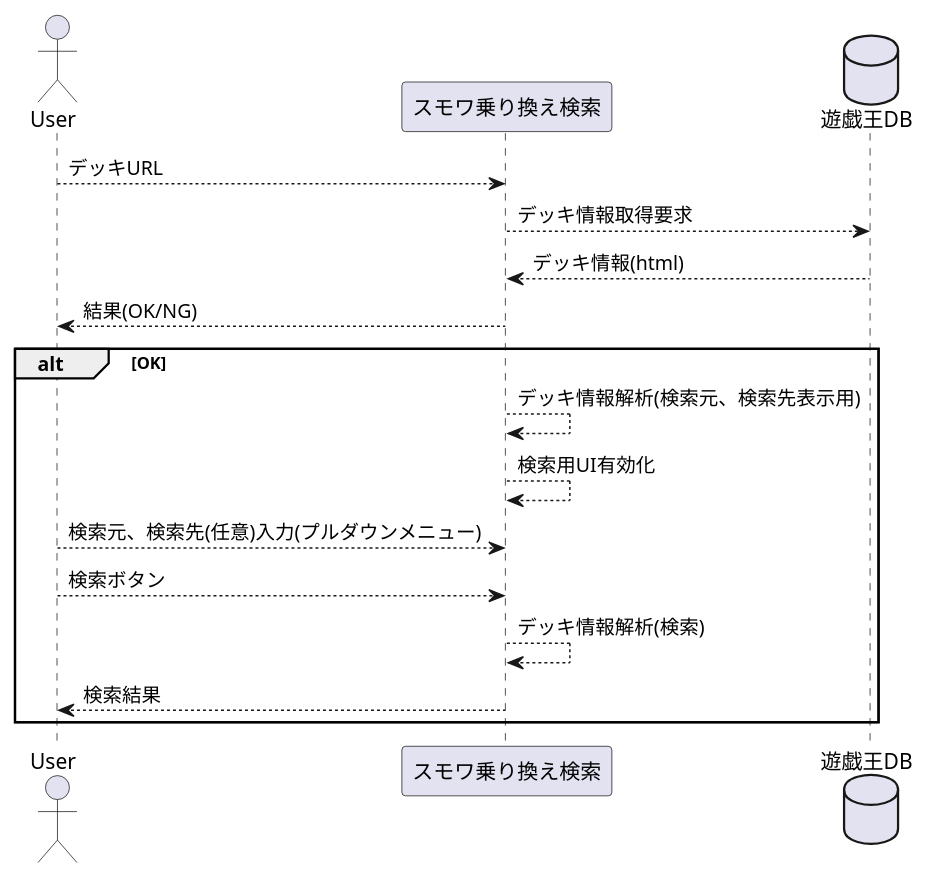
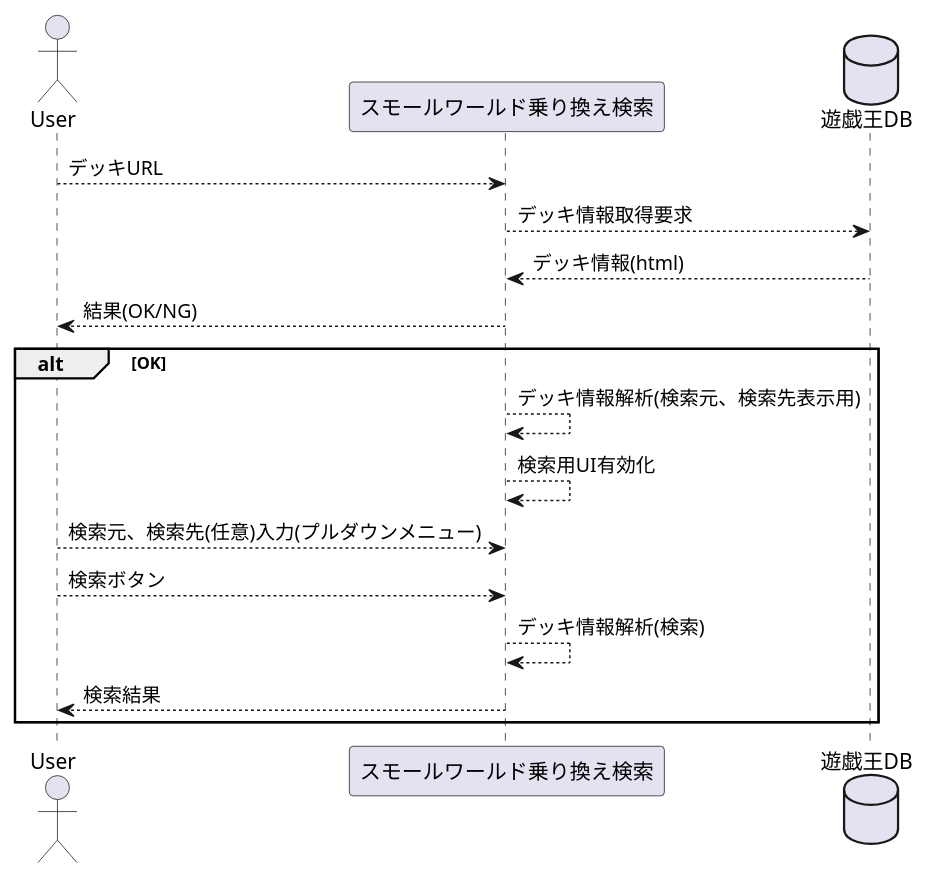
Before and after one commit to ikishichi/ygo-small-world-transit: the third of 6 diagrams in ygo-small-world-transit.md, drawn with PlantUML. The commit also changed other lines of this file, not shown here.

````diff
--- a/ygo-small-world-transit.md
+++ b/ygo-small-world-transit.md
@@ -44,21 +46,21 @@
 ```plantuml
 @startuml
 actor User as user
-participant "スモワ乗り換え検索" as sw
+participant "スモールワールド乗り換え検索" as sw
 database 遊戯王DB as db
 
 user --> sw : デッキURL
 sw --> db : デッキ情報取得要求
 db --> sw : デッキ情報(html)
 sw --> user : 結果(OK/NG)
 alt OK
     sw --> sw : デッキ情報解析(検索元、検索先表示用)
     sw --> sw : 検索用UI有効化
     user --> sw : 検索元、検索先(任意)入力(プルダウンメニュー)
     user --> sw : 検索ボタン
     sw --> sw : デッキ情報解析(検索)
     sw --> user : 検索結果
 end
 
 @enduml
 ```
````
